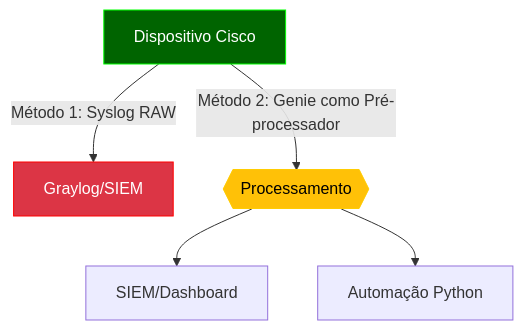
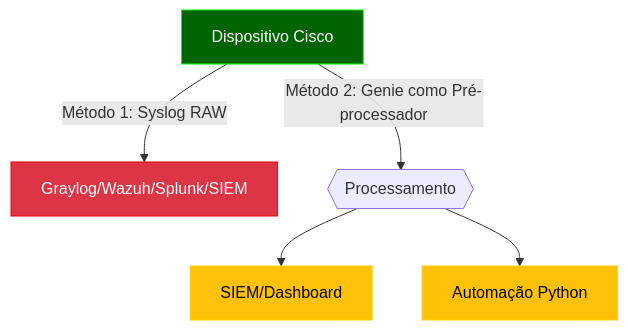
The second of 2 diagrams in CCNP 350-401 ENCOR/06 - Automation/19- Python - 14 - Parsing  Automatico/README.md (alcancil/Cisco), drawn with Mermaid before and after one commit.

Commit message:
Alterado o arquivo README.md

````diff
--- a/CCNP 350-401 ENCOR/06 - Automation/19- Python - 14 - Parsing  Automatico/README.md
+++ b/CCNP 350-401 ENCOR/06 - Automation/19- Python - 14 - Parsing  Automatico/README.md
@@ -266,11 +266,12 @@
 ```mermaid
 flowchart TD
-    A[Dispositivo Cisco] -->|Método 1: Syslog RAW| B[Graylog/SIEM]
+    A[Dispositivo Cisco] -->|Método 1: Syslog RAW| B[Graylog/Wazuh/Splunk/SIEM]
     A -->|Método 2: Genie como Pré-processador| C{{Processamento}}
     C --> D[SIEM/Dashboard]
     C --> E[Automação Python]
 
     style A fill:#006400,stroke:#00ff00,color:#ffffff 
     style B fill:#dc3545,stroke:#ff0000,color:#ffffff
-    style C fill:#ffc107,stroke:#ffcc00,color:#000000
+    style D fill:#ffc107,stroke:#ffcc00,color:#000000
+    style E fill:#ffc107,stroke:#ffcc00,color:#000000
 ```
````
